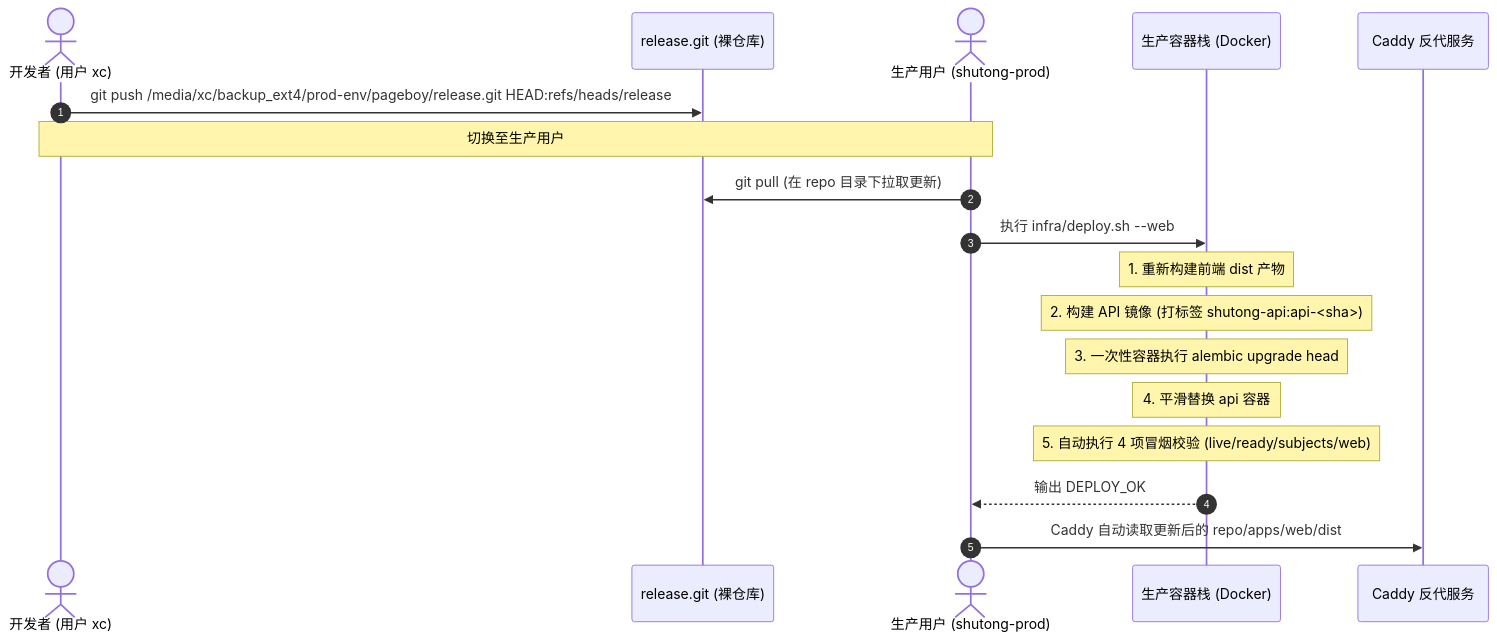
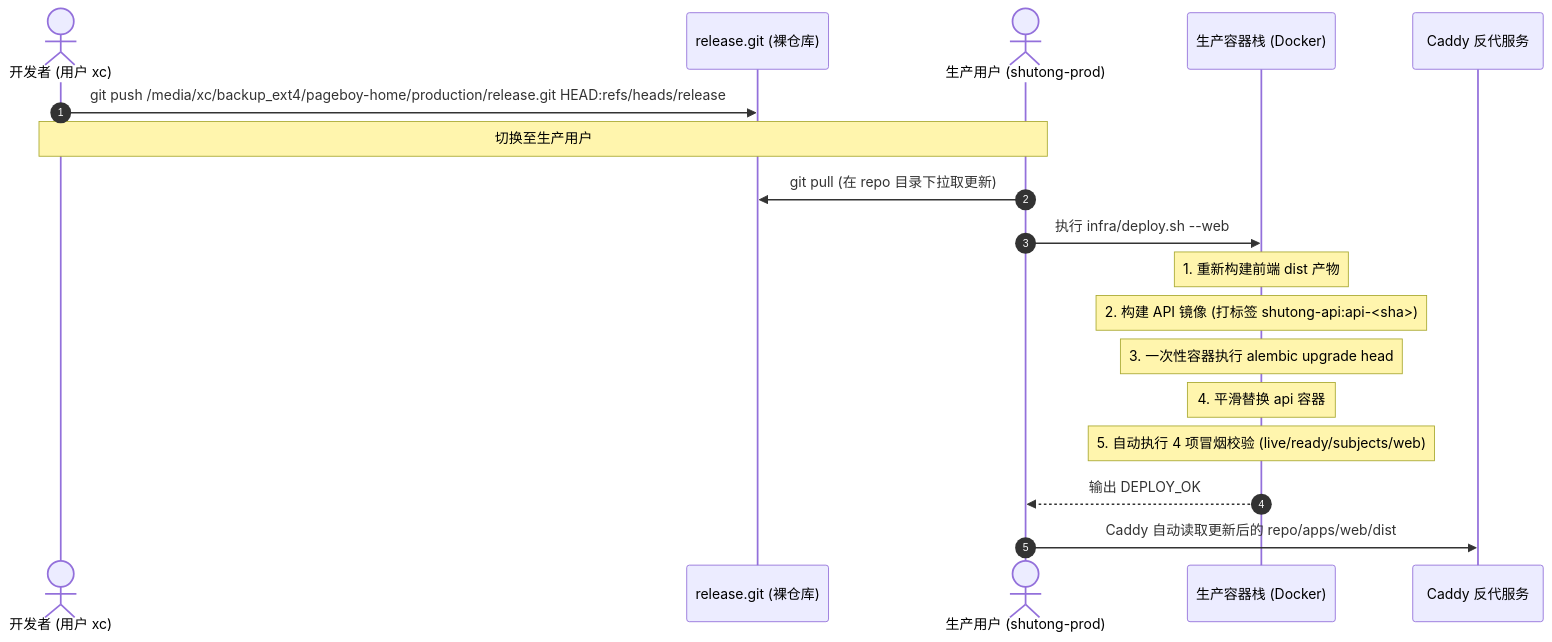
Before and after one commit to xman900719/pageboy: the diagram in docs/assets/diagrams/production-release.mmd, drawn with Mermaid. The commit also changed 32 other files, not shown here.

Commit message:
feat(infra,api): 搭建 pageboy-home 开发与生产强隔离根目录

```diff
--- a/docs/assets/diagrams/production-release.mmd
+++ b/docs/assets/diagrams/production-release.mmd
@@ -1,19 +1,19 @@
 sequenceDiagram
     autonumber
     actor Dev as 开发者 (用户 xc)
     participant Git as release.git (裸仓库)
     actor Prod as 生产用户 (shutong-prod)
     participant Stack as 生产容器栈 (Docker)
     participant Caddy as Caddy 反代服务
 
-    Dev->>Git: git push /media/xc/backup_ext4/prod-env/pageboy/release.git HEAD:refs/heads/release
+    Dev->>Git: git push /media/xc/backup_ext4/pageboy-home/production/release.git HEAD:refs/heads/release
     Note over Dev,Prod: 切换至生产用户
     Prod->>Git: git pull (在 repo 目录下拉取更新)
     Prod->>Stack: 执行 infra/deploy.sh --web
     Note over Stack: 1. 重新构建前端 dist 产物
     Note over Stack: 2. 构建 API 镜像 (打标签 shutong-api:api-<sha>)
     Note over Stack: 3. 一次性容器执行 alembic upgrade head
     Note over Stack: 4. 平滑替换 api 容器
     Note over Stack: 5. 自动执行 4 项冒烟校验 (live/ready/subjects/web)
     Stack-->>Prod: 输出 DEPLOY_OK
     Prod->>Caddy: Caddy 自动读取更新后的 repo/apps/web/dist
```
